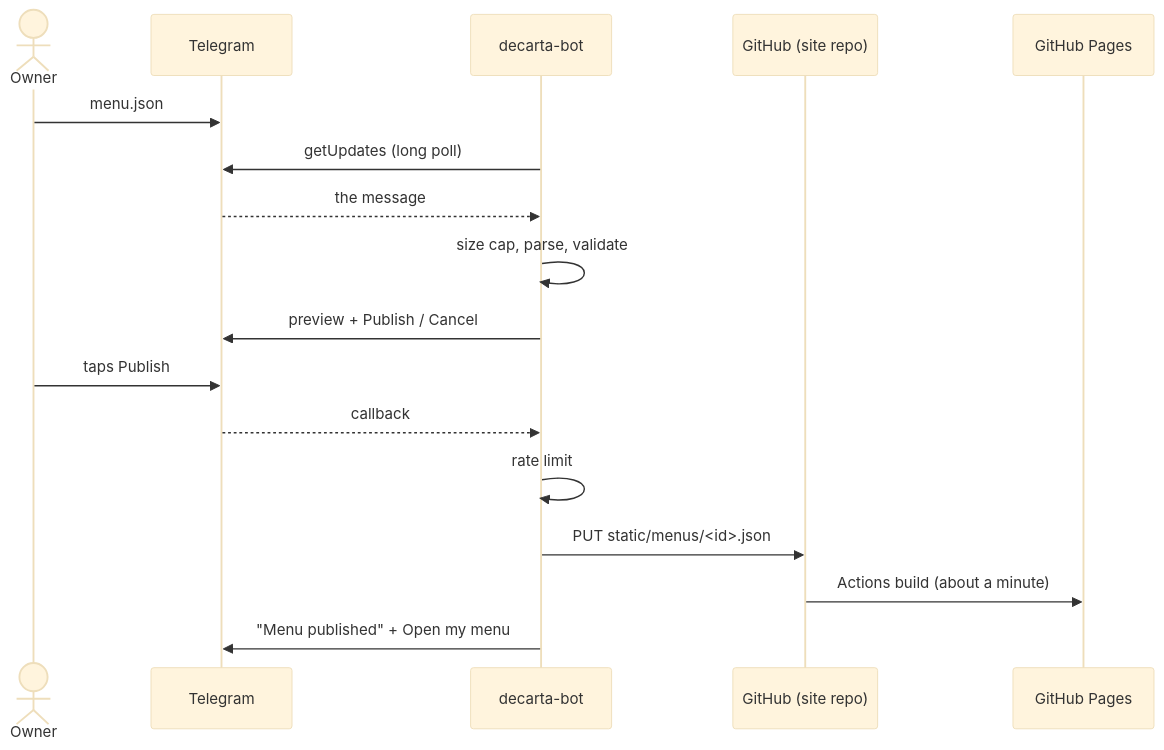
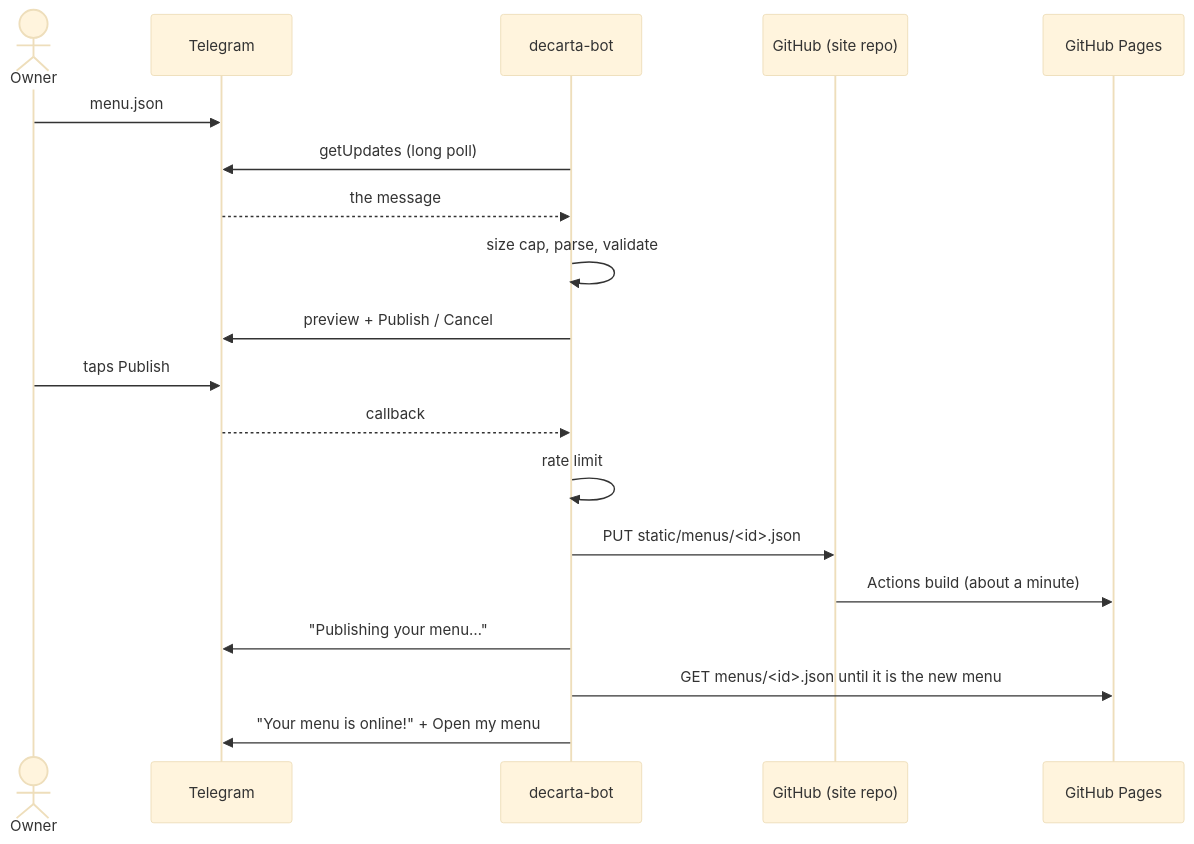
One commit to luis-serrano-l/decarta-bot changed the diagram in docs/explanation/design.md. Above: the diagram before and after it, drawn with Mermaid (base theme). The commit also changed other lines of this file and 6 other files, not shown here.

````diff
--- a/docs/explanation/design.md
+++ b/docs/explanation/design.md
@@ -13,19 +13,21 @@
 ```mermaid
 sequenceDiagram
     actor O as Owner
     participant T as Telegram
     participant B as decarta-bot
     participant G as GitHub (site repo)
     participant P as GitHub Pages
     O->>T: menu.json
     B->>T: getUpdates (long poll)
     T-->>B: the message
     B->>B: size cap, parse, validate
     B->>T: preview + Publish / Cancel
     O->>T: taps Publish
     T-->>B: callback
     B->>B: rate limit
     B->>G: PUT static/menus/<id>.json
     G->>P: Actions build (about a minute)
-    B->>T: "Menu published" + Open my menu
+    B->>T: "Publishing your menu…"
+    B->>P: GET menus/<id>.json until it is the new menu
+    B->>T: "Your menu is online!" + Open my menu
 ```
````
